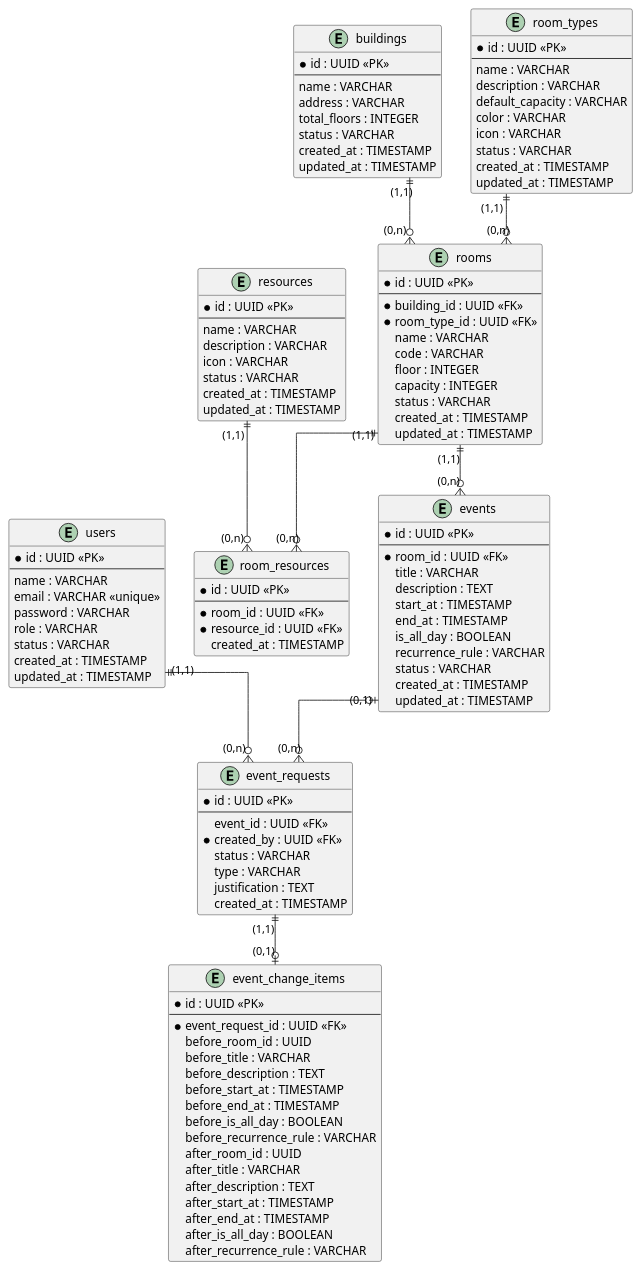
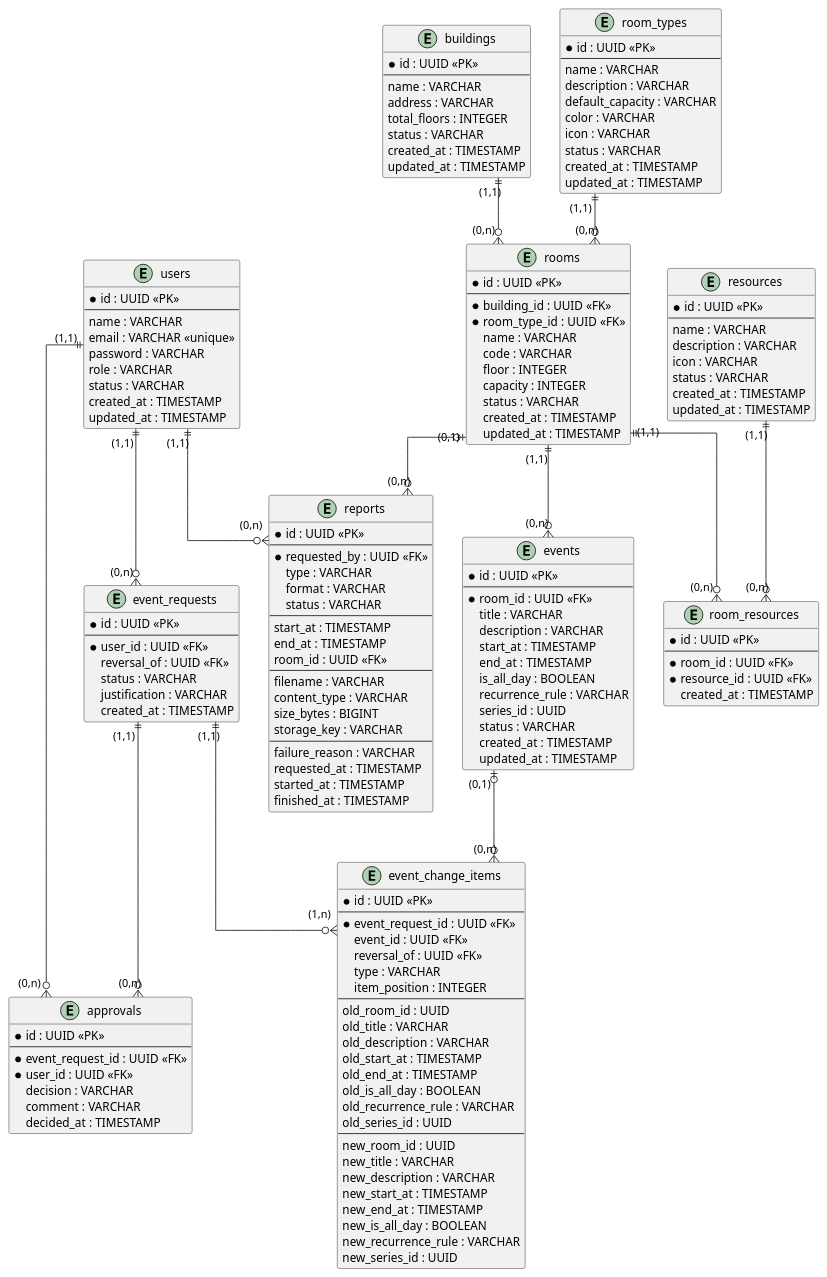
One commit to Neoguara/rooms-diagrams changed the diagram in src/plantuml/der.puml. Above: the diagram before and after it, drawn with PlantUML. The commit also changed 1 other file, not shown here.

Commit message:
update diagrams

```diff
--- a/src/plantuml/der.puml
+++ b/src/plantuml/der.puml
@@ -1,143 +1,191 @@
 @startuml der
 
 skinparam linetype ortho
 
 ' ── users ──────────────────────────────────────────────
 entity "users" as User {
   * id : UUID <<PK>>
   --
   name : VARCHAR
   email : VARCHAR <<unique>>
   password : VARCHAR
   role : VARCHAR
   status : VARCHAR
   created_at : TIMESTAMP
   updated_at : TIMESTAMP
 }
 
 ' ── buildings ──────────────────────────────────────────
 entity "buildings" as Building {
   * id : UUID <<PK>>
   --
   name : VARCHAR
   address : VARCHAR
   total_floors : INTEGER
   status : VARCHAR
   created_at : TIMESTAMP
   updated_at : TIMESTAMP
 }
 
 ' ── room_types ─────────────────────────────────────────
 entity "room_types" as RoomType {
   * id : UUID <<PK>>
   --
   name : VARCHAR
   description : VARCHAR
   default_capacity : VARCHAR
   color : VARCHAR
   icon : VARCHAR
   status : VARCHAR
   created_at : TIMESTAMP
   updated_at : TIMESTAMP
 }
 
 ' ── rooms ──────────────────────────────────────────────
 entity "rooms" as Room {
   * id : UUID <<PK>>
   --
   * building_id : UUID <<FK>>
   * room_type_id : UUID <<FK>>
   name : VARCHAR
   code : VARCHAR
   floor : INTEGER
   capacity : INTEGER
   status : VARCHAR
   created_at : TIMESTAMP
   updated_at : TIMESTAMP
 }
 
 ' ── resources ──────────────────────────────────────────
 entity "resources" as Resource {
   * id : UUID <<PK>>
   --
   name : VARCHAR
   description : VARCHAR
   icon : VARCHAR
   status : VARCHAR
   created_at : TIMESTAMP
   updated_at : TIMESTAMP
 }
 
 ' ── room_resources ─────────────────────────────────────
 entity "room_resources" as RoomResource {
   * id : UUID <<PK>>
   --
   * room_id : UUID <<FK>>
   * resource_id : UUID <<FK>>
   created_at : TIMESTAMP
 }
 
 ' ── events ─────────────────────────────────────────────
 entity "events" as Event {
   * id : UUID <<PK>>
   --
   * room_id : UUID <<FK>>
   title : VARCHAR
-  description : TEXT
+  description : VARCHAR
   start_at : TIMESTAMP
   end_at : TIMESTAMP
   is_all_day : BOOLEAN
   recurrence_rule : VARCHAR
+  series_id : UUID
   status : VARCHAR
   created_at : TIMESTAMP
   updated_at : TIMESTAMP
 }
 
 ' ── event_requests ─────────────────────────────────────
 entity "event_requests" as EventRequest {
   * id : UUID <<PK>>
   --
-  event_id : UUID <<FK>>
-  * created_by : UUID <<FK>>
+  * user_id : UUID <<FK>>
+  reversal_of : UUID <<FK>>
   status : VARCHAR
-  type : VARCHAR
-  justification : TEXT
+  justification : VARCHAR
   created_at : TIMESTAMP
 }
 
 ' ── event_change_items ─────────────────────────────────
 entity "event_change_items" as EventChangeItem {
   * id : UUID <<PK>>
   --
   * event_request_id : UUID <<FK>>
-  before_room_id : UUID
-  before_title : VARCHAR
-  before_description : TEXT
-  before_start_at : TIMESTAMP
-  before_end_at : TIMESTAMP
-  before_is_all_day : BOOLEAN
-  before_recurrence_rule : VARCHAR
-  after_room_id : UUID
-  after_title : VARCHAR
-  after_description : TEXT
-  after_start_at : TIMESTAMP
-  after_end_at : TIMESTAMP
-  after_is_all_day : BOOLEAN
-  after_recurrence_rule : VARCHAR
+  event_id : UUID <<FK>>
+  reversal_of : UUID <<FK>>
+  type : VARCHAR
+  item_position : INTEGER
+  --
+  old_room_id : UUID
+  old_title : VARCHAR
+  old_description : VARCHAR
+  old_start_at : TIMESTAMP
+  old_end_at : TIMESTAMP
+  old_is_all_day : BOOLEAN
+  old_recurrence_rule : VARCHAR
+  old_series_id : UUID
+  --
+  new_room_id : UUID
+  new_title : VARCHAR
+  new_description : VARCHAR
+  new_start_at : TIMESTAMP
+  new_end_at : TIMESTAMP
+  new_is_all_day : BOOLEAN
+  new_recurrence_rule : VARCHAR
+  new_series_id : UUID
+}
+
+' ── approvals ──────────────────────────────────────────
+entity "approvals" as Approval {
+  * id : UUID <<PK>>
+  --
+  * event_request_id : UUID <<FK>>
+  * user_id : UUID <<FK>>
+  decision : VARCHAR
+  comment : VARCHAR
+  decided_at : TIMESTAMP
+}
+
+' ── reports ────────────────────────────────────────────
+entity "reports" as Report {
+  * id : UUID <<PK>>
+  --
+  * requested_by : UUID <<FK>>
+  type : VARCHAR
+  format : VARCHAR
+  status : VARCHAR
+  --
+  start_at : TIMESTAMP
+  end_at : TIMESTAMP
+  room_id : UUID <<FK>>
+  --
+  filename : VARCHAR
+  content_type : VARCHAR
+  size_bytes : BIGINT
+  storage_key : VARCHAR
+  --
+  failure_reason : VARCHAR
+  requested_at : TIMESTAMP
+  started_at : TIMESTAMP
+  finished_at : TIMESTAMP
 }
 
 ' ── Relacionamentos ────────────────────────────────────
 Building     "(1,1)" ||--o{ "(0,n)" Room
 RoomType     "(1,1)" ||--o{ "(0,n)" Room
 
 Room         "(1,1)" ||--o{ "(0,n)" RoomResource
 Resource     "(1,1)" ||--o{ "(0,n)" RoomResource
 
 Room         "(1,1)" ||--o{ "(0,n)" Event
 
 User         "(1,1)" ||--o{ "(0,n)" EventRequest
-Event        "(0,1)" |o--o{ "(0,n)" EventRequest
+EventRequest "(1,1)" ||--o{ "(1,n)" EventChangeItem
+Event        "(0,1)" |o--o{ "(0,n)" EventChangeItem
 
-EventRequest "(1,1)" ||--o| "(0,1)" EventChangeItem
+EventRequest "(1,1)" ||--o{ "(0,n)" Approval
+User         "(1,1)" ||--o{ "(0,n)" Approval
+
+User         "(1,1)" ||--o{ "(0,n)" Report
+Room         "(0,1)" |o--o{ "(0,n)" Report
 
 @enduml
```
